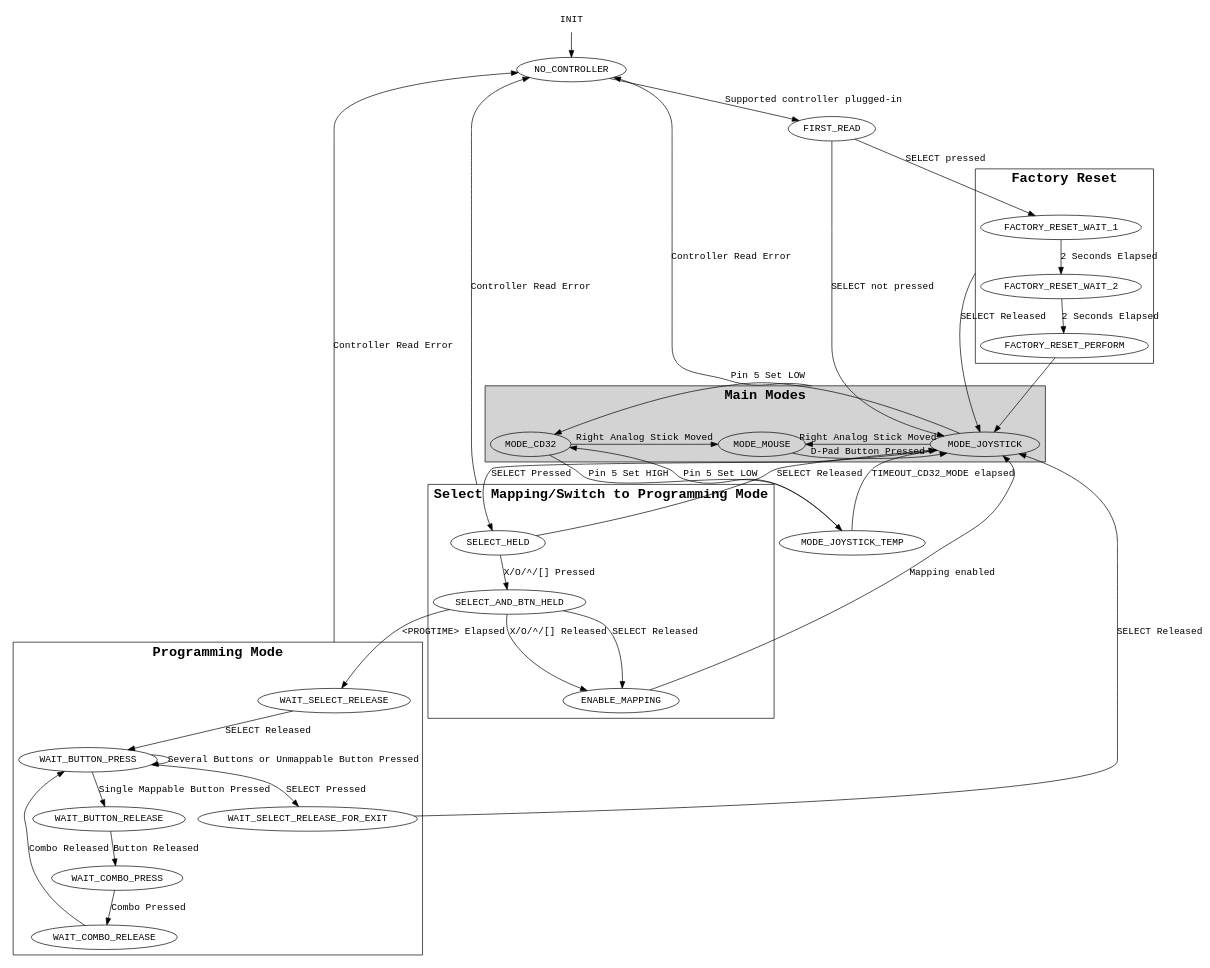
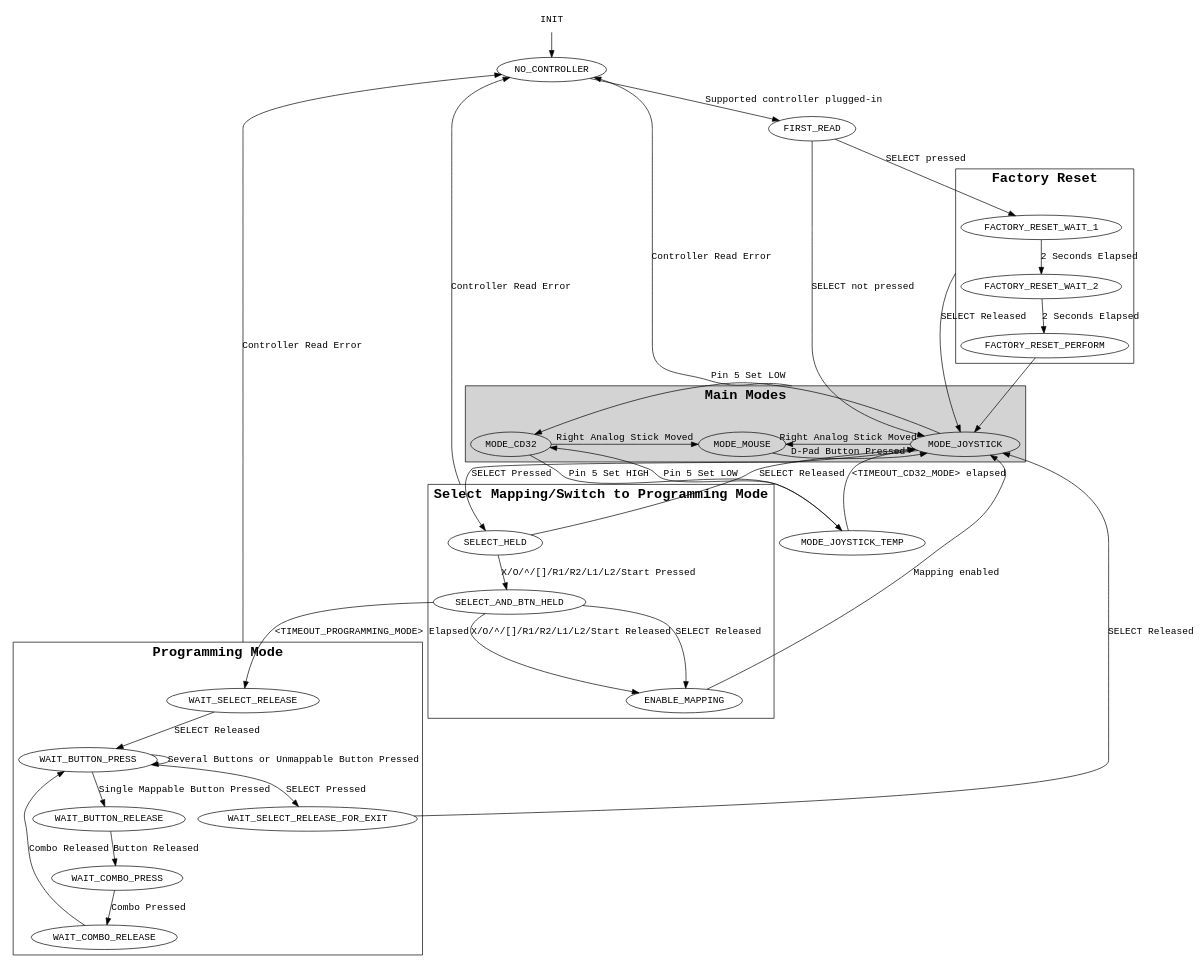
The diagram in firmware/statediagram.gv (SukkoPera/OpenPSX2AmigaPadAdapter), drawn with Graphviz before and after one commit.

Commit message:
Update state diagram

```diff
--- a/firmware/statediagram.gv
+++ b/firmware/statediagram.gv
@@ -1,124 +1,124 @@
 digraph {
 	#ratio = 0.75;
 
 	compound = true;
 	newrank = true;
 	#splines=line
 	edge [splines = "curved"];
 	node [fontname = "Courier"];
 	edge [fontname = "Courier"];
 	#subgraph [fontname = "Courier"];
 	clusterrank = "local";
 	
 	# Initialization
 	{
 		node [shape = "plaintext"];
 
 		INIT;
 	}
 	
 	NO_CONTROLLER;
 	FIRST_READ;
 
 	INIT -> NO_CONTROLLER;
 	NO_CONTROLLER -> FIRST_READ [label = "Supported controller plugged-in"];
 	FIRST_READ -> FACTORY_RESET_WAIT_1 [label = "SELECT pressed"];
 	FIRST_READ -> MODE_JOYSTICK [label = "SELECT not pressed"]
 
 	# Main Mode Transitions
 	subgraph "cluster_main" {
 		label = "Main Modes";
 		fontname = "Courier-bold";
 		fontsize = "20pt";
 		style = "filled";
 
 		{
 			rank="same";
 			node [style = "filled"];
 
 			MODE_MOUSE;
 			MODE_JOYSTICK;
 			MODE_CD32;
 		}
 
 		MODE_JOYSTICK -> MODE_MOUSE [label = "Right Analog Stick Moved"];
 		MODE_CD32 -> MODE_MOUSE [label = "Right Analog Stick Moved"];
 		MODE_MOUSE -> MODE_JOYSTICK [label = "D-Pad Button Pressed"];
 		MODE_JOYSTICK -> MODE_CD32 [label = "Pin 5 Set LOW"];
 	}
 
 	MODE_CD32 -> MODE_JOYSTICK_TEMP [label = "Pin 5 Set HIGH"];
 	MODE_JOYSTICK_TEMP -> MODE_CD32 [label = "Pin 5 Set LOW"];
-	MODE_JOYSTICK_TEMP -> MODE_JOYSTICK [label = "TIMEOUT_CD32_MODE elapsed"];
+	MODE_JOYSTICK_TEMP -> MODE_JOYSTICK [label = "<TIMEOUT_CD32_MODE> elapsed"];
 
 	# This actually represents a transitions valid for all nodes in the cluster
 	MODE_JOYSTICK -> NO_CONTROLLER [label = "Controller Read Error", ltail = cluster_main];
 	
 	subgraph "cluster_progswitch" {
 		label = "Select Mapping/Switch to Programming Mode";
 		fontname = "Courier-bold";
 		fontsize = "20pt";
 		
 		# States for entering Programming Mode
 		SELECT_HELD;
 		SELECT_AND_BTN_HELD;
 		ENABLE_MAPPING;
 
-		SELECT_HELD -> SELECT_AND_BTN_HELD [label = "X/O/^/[] Pressed"]
-		SELECT_AND_BTN_HELD -> ENABLE_MAPPING [label = "X/O/^/[] Released"]
+		SELECT_HELD -> SELECT_AND_BTN_HELD [label = "X/O/^/[]/R1/R2/L1/L2/Start Pressed"]
+		SELECT_AND_BTN_HELD -> ENABLE_MAPPING [label = "X/O/^/[]/R1/R2/L1/L2/Start Released"]
 		SELECT_AND_BTN_HELD -> ENABLE_MAPPING [label = "SELECT Released"]
 	}
 
 	MODE_JOYSTICK -> SELECT_HELD [label = "SELECT Pressed"]
 	SELECT_HELD -> MODE_JOYSTICK [label = "SELECT Released"]
 	ENABLE_MAPPING -> MODE_JOYSTICK [label = "Mapping enabled"]
-	SELECT_AND_BTN_HELD -> WAIT_SELECT_RELEASE [label = "<PROGTIME> Elapsed"]
+	SELECT_AND_BTN_HELD -> WAIT_SELECT_RELEASE [label = "<TIMEOUT_PROGRAMMING_MODE> Elapsed"]
 
 	# Again, valid for all nodes in the cluster
 	SELECT_HELD -> NO_CONTROLLER [label = "Controller Read Error", ltail = cluster_progswitch];
 
 	subgraph "cluster_progmode" {
 		label = "Programming Mode";
 		fontname = "Courier-bold";
 		fontsize = "20pt";
 		
 		# Programming Mode States
 		WAIT_SELECT_RELEASE;
 		WAIT_BUTTON_PRESS;
 		WAIT_BUTTON_RELEASE;
 		WAIT_COMBO_PRESS;
 		WAIT_COMBO_RELEASE;
 		WAIT_SELECT_RELEASE_FOR_EXIT;
 
 		WAIT_SELECT_RELEASE -> WAIT_BUTTON_PRESS [label = "SELECT Released"]
 		WAIT_BUTTON_PRESS -> WAIT_SELECT_RELEASE_FOR_EXIT [label = "SELECT Pressed"]
 		WAIT_BUTTON_PRESS -> WAIT_BUTTON_RELEASE [label = "Single Mappable Button Pressed"]
 		WAIT_BUTTON_PRESS -> WAIT_BUTTON_PRESS [label = "Several Buttons or Unmappable Button Pressed"]
 		WAIT_BUTTON_RELEASE -> WAIT_COMBO_PRESS [label = "Button Released"]
 		WAIT_COMBO_PRESS -> WAIT_COMBO_RELEASE [label = "Combo Pressed"]
 		WAIT_COMBO_RELEASE -> WAIT_BUTTON_PRESS [label = "Combo Released"]
 	}
 
 	WAIT_SELECT_RELEASE_FOR_EXIT -> MODE_JOYSTICK [label = "SELECT Released"]
 
 	# Guess what??? Valid for all nodes in the cluster
 	WAIT_SELECT_RELEASE -> NO_CONTROLLER [label = "Controller Read Error", ltail = cluster_progmode];
 	
 	subgraph "cluster_reset" {
 		label = "Factory Reset";
 		fontname = "Courier-bold";
 		fontsize = "20pt";
 		
 		FACTORY_RESET_WAIT_1;
 		FACTORY_RESET_WAIT_2;
 		FACTORY_RESET_PERFORM;
 		
 		FACTORY_RESET_WAIT_1 -> FACTORY_RESET_WAIT_2 [label = "2 Seconds Elapsed"];
 		FACTORY_RESET_WAIT_2 -> FACTORY_RESET_PERFORM [label = "2 Seconds Elapsed"];
 	}
 	
 	FACTORY_RESET_PERFORM -> MODE_JOYSTICK;
 	
 	# Valid for all nodes in the cluster
 	FACTORY_RESET_WAIT_1 -> MODE_JOYSTICK [label = "SELECT Released", ltail = cluster_reset];
 }
```
